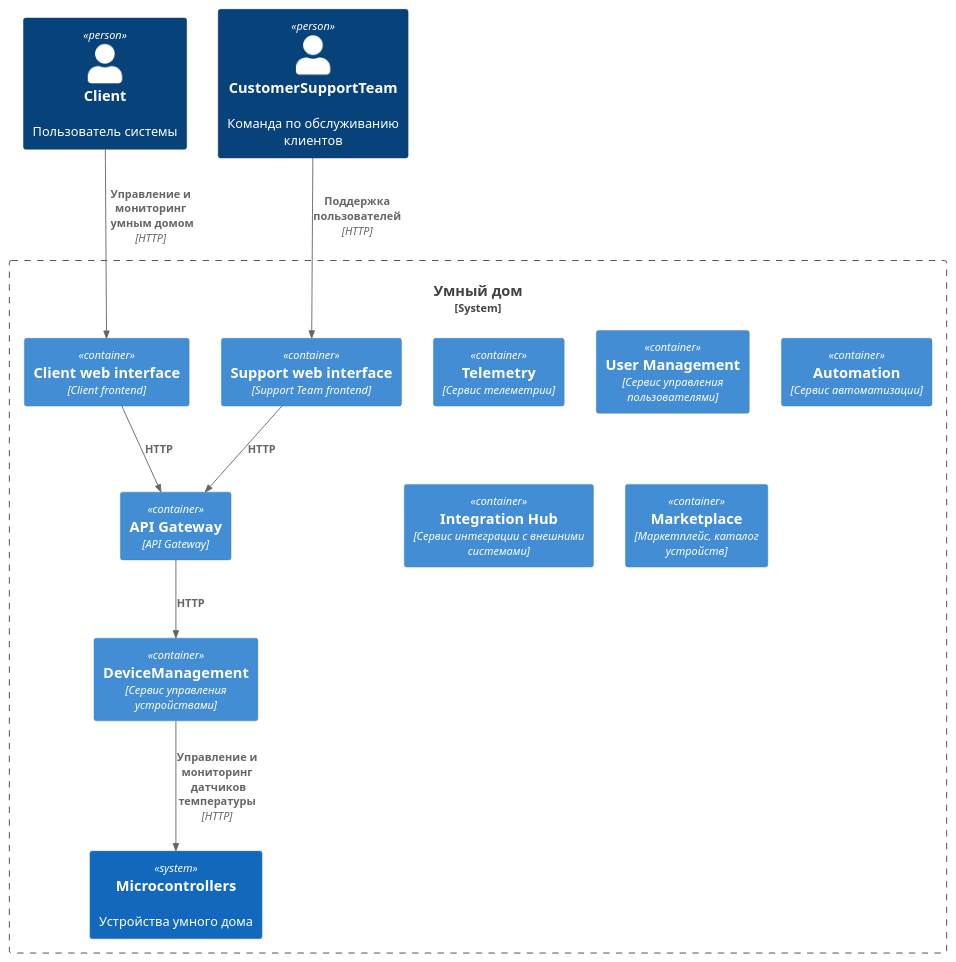
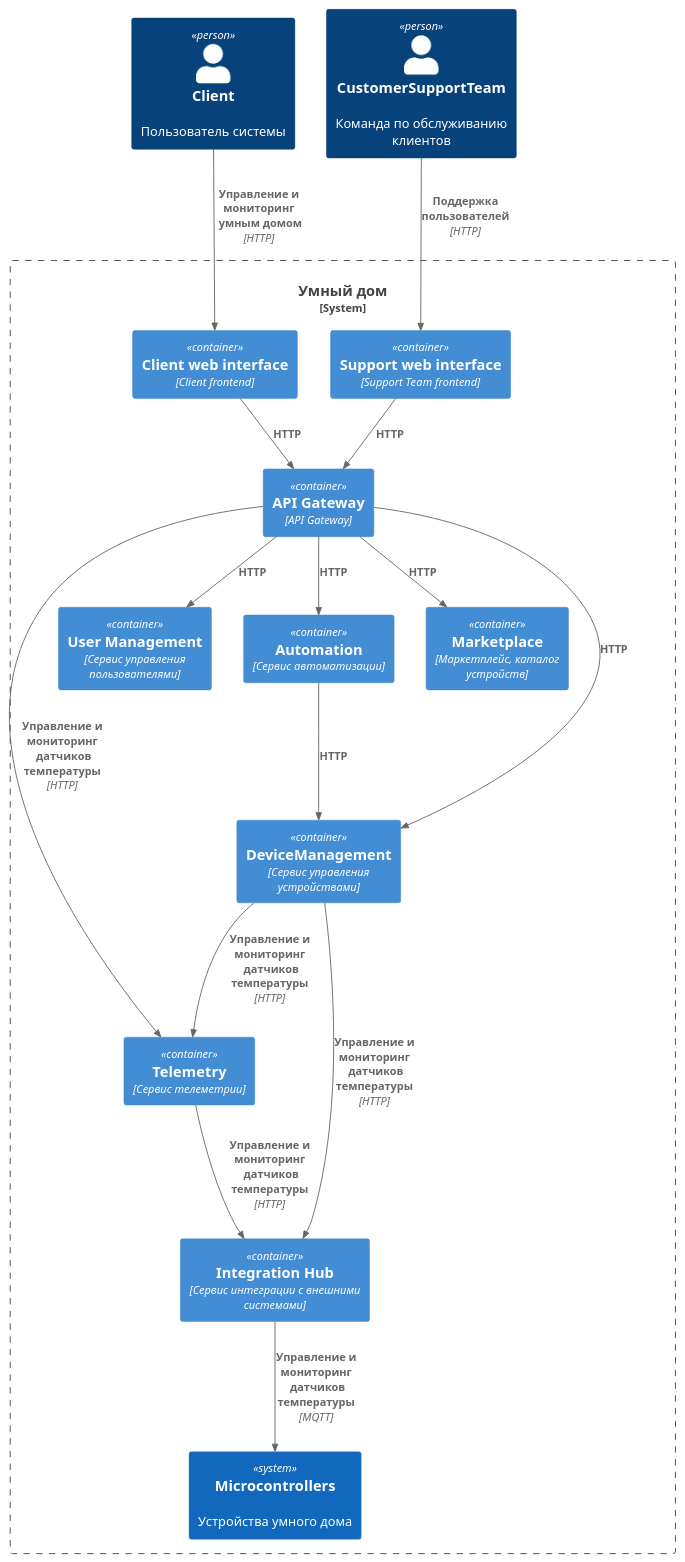
One commit to ayakhont/architecture-warmhouse changed the diagram in docs/containers_C4.puml. Above: the diagram before and after it, drawn with PlantUML.

Commit message:
С4 containers 2

```diff
--- a/docs/containers_C4.puml
+++ b/docs/containers_C4.puml
@@ -1,27 +1,38 @@
 @startuml
 
 !include <C4/C4_Container>
 
 Person(client, "Client", "Пользователь системы")
 Person(customerSupportTeam, "CustomerSupportTeam", "Команда по обслуживанию клиентов")
 System_Boundary(platform, "Умный дом") {
     Container(clientFrontend, "Client web interface", "Client frontend")
     Container(supportFrontend, "Support web interface", "Support Team frontend")
     Container(apiGateway, "API Gateway", "API Gateway")
-    Container(deviceManagementService, "DeviceManagement", "Сервис управления устройствами")
     Container(telemetry, "Telemetry", "Сервис телеметрии")
     Container(userManagement, "User Management", "Сервис управления пользователями")
     Container(automation, "Automation", "Сервис автоматизации")
     Container(integrationHub, "Integration Hub", "Сервис интеграции с внешними системами")
     Container(marketplace, "Marketplace", "Маркетплейс, каталог устройств")
+    Container(deviceManagementService, "DeviceManagement", "Сервис управления устройствами")
     System(microcontrollers, "Microcontrollers", "Устройства умного дома")
 }
 
 Rel(client, clientFrontend, "Управление и мониторинг\n умным домом", "HTTP")
 Rel(customerSupportTeam, supportFrontend, "Поддержка пользователей", "HTTP")
 Rel(clientFrontend, apiGateway, "HTTP")
 Rel(supportFrontend, apiGateway, "HTTP")
 Rel(apiGateway, deviceManagementService, "HTTP")
-Rel(deviceManagementService, microcontrollers, "Управление и мониторинг\n датчиков температуры", "HTTP")
+Rel(apiGateway, automation, "HTTP")
+Rel(automation, deviceManagementService, "HTTP")
+Rel(apiGateway, marketplace, "HTTP")
+Rel(apiGateway, userManagement, "HTTP")
+Rel(deviceManagementService, integrationHub, "Управление и мониторинг\n датчиков температуры", "HTTP")
+Rel(integrationHub, microcontrollers, "Управление и мониторинг\n датчиков температуры", "MQTT")
+Rel(telemetry, integrationHub, "Управление и мониторинг\n датчиков температуры", "HTTP")
+Rel(deviceManagementService, telemetry, "Управление и мониторинг\n датчиков температуры", "HTTP")
+Rel(apiGateway, telemetry, "Управление и мониторинг\n датчиков температуры", "HTTP")
+
+
+
 
 @enduml
```
